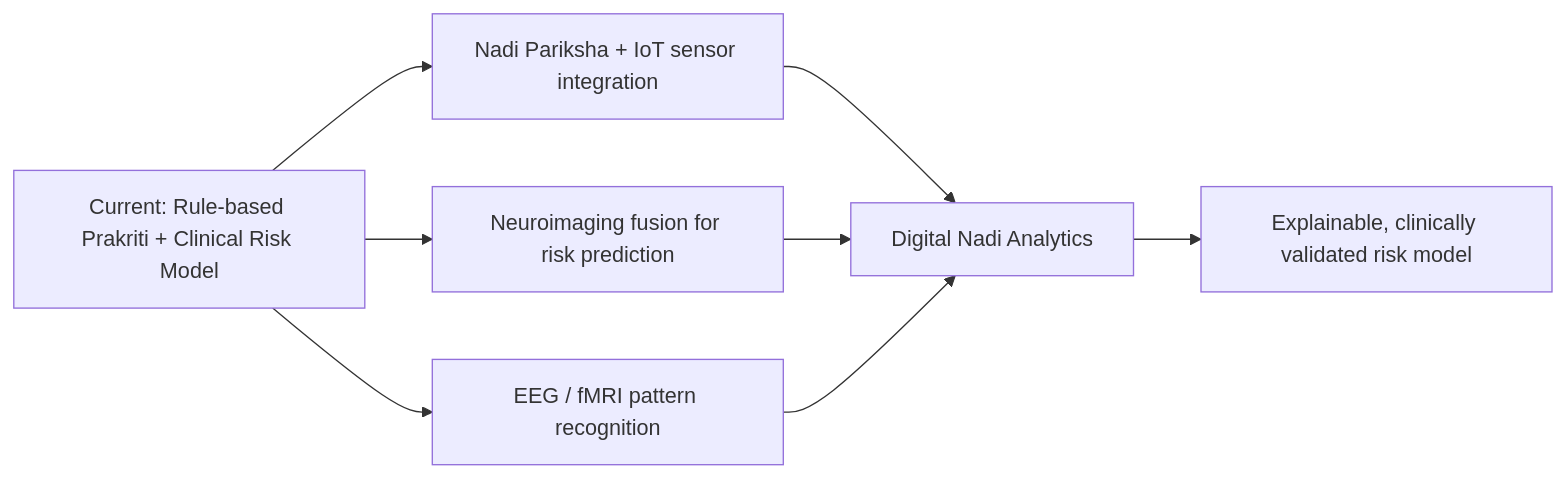
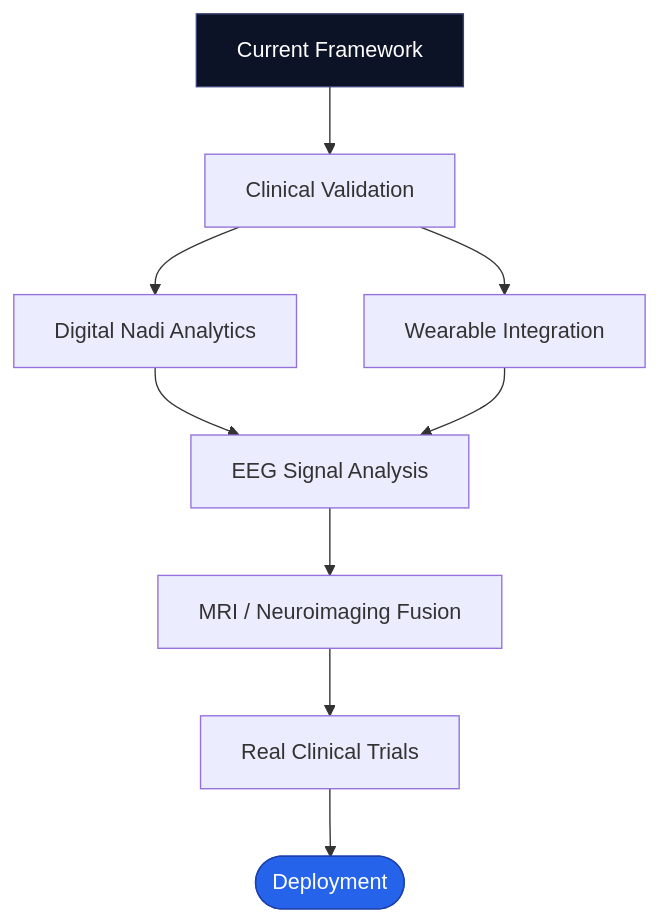
The ninth of 9 diagrams in README.md (Avgohil/fusion-care-alzheimer-ml), drawn with Mermaid before and after one commit. The commit also changed other lines of this file, not shown here.

````diff
--- a/README.md
+++ b/README.md
@@ -340,11 +510,14 @@
 ```mermaid
-flowchart LR
-    Now[Current: Rule-based Prakriti + Clinical Risk Model]
-    Now --> A[Nadi Pariksha + IoT sensor integration]
-    Now --> B[Neuroimaging fusion for risk prediction]
-    Now --> C[EEG / fMRI pattern recognition]
-    A --> D[Digital Nadi Analytics]
-    B --> D
-    C --> D
-    D --> E[Explainable, clinically validated risk model]
+flowchart TD
+    A[Current Framework] --> B[Clinical Validation]
+    B --> C[Digital Nadi Analytics]
+    B --> D[Wearable Integration]
+    C --> E[EEG Signal Analysis]
+    D --> E
+    E --> F[MRI / Neuroimaging Fusion]
+    F --> G[Real Clinical Trials]
+    G --> H([Deployment])
+
+    style A fill:#0d1326,stroke:#3b4478,color:#fff
+    style H fill:#2563eb,stroke:#1e40af,color:#fff
 ```
````
